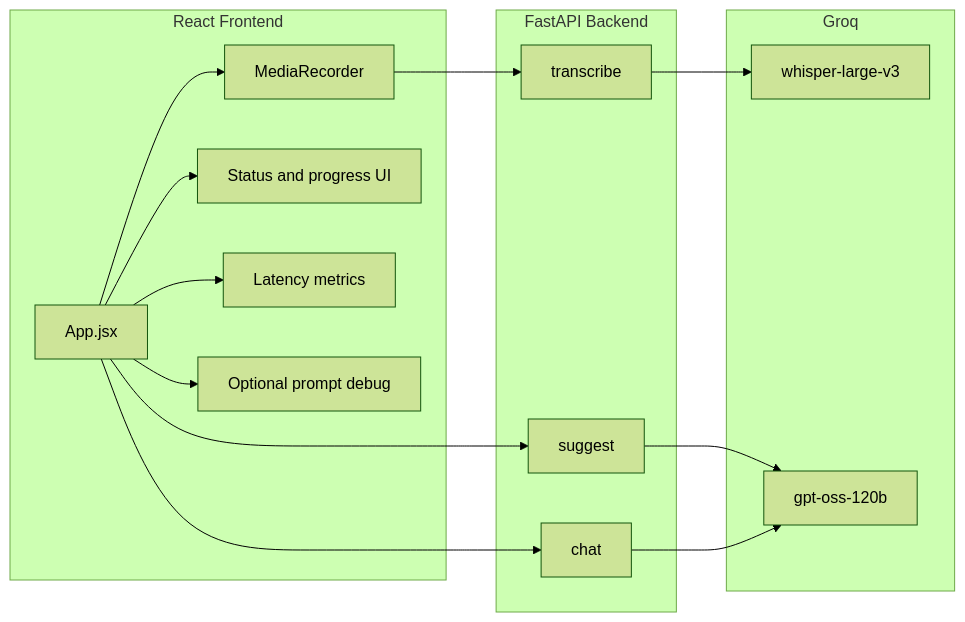
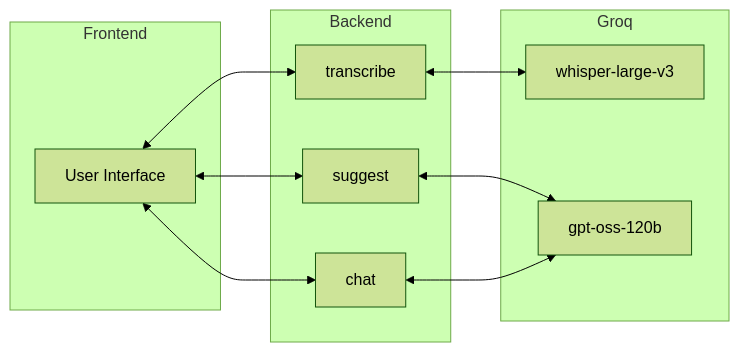
The first of 2 diagrams in README.md (S-atvikSingh/TwinMind-Live-Copilot), drawn with Mermaid (forest theme) before and after one commit. The commit also changed other lines of this file and 4 other files, not shown here.

````diff
--- a/README.md
+++ b/README.md
@@ -123,32 +163,26 @@
 ```mermaid
 flowchart LR
-  subgraph Frontend [React Frontend]
-    U[App.jsx]
-    M[MediaRecorder]
-    S[Status and progress UI]
-    L[Latency metrics]
-    P[Optional prompt debug]
+  subgraph Frontend [Frontend]
+    U[User Interface]
   end
 
-  subgraph Backend [FastAPI Backend]
+  subgraph Backend [Backend]
     T[transcribe]
     SG[suggest]
     C[chat]
   end
 
   subgraph Groq [Groq]
     W[whisper-large-v3]
     G[gpt-oss-120b]
   end
 
-  U --> M
-  M --> T
-  T --> W
-  U --> SG
-  U --> C
-  SG --> G
-  C --> G
-  U --> S
-  U --> L
-  U --> P
+  %% Flow Logic
+  U <--> T
+  U <--> SG
+  U <--> C
+  
+  T <--> W
+  SG <--> G
+  C <--> G
 ```
````
